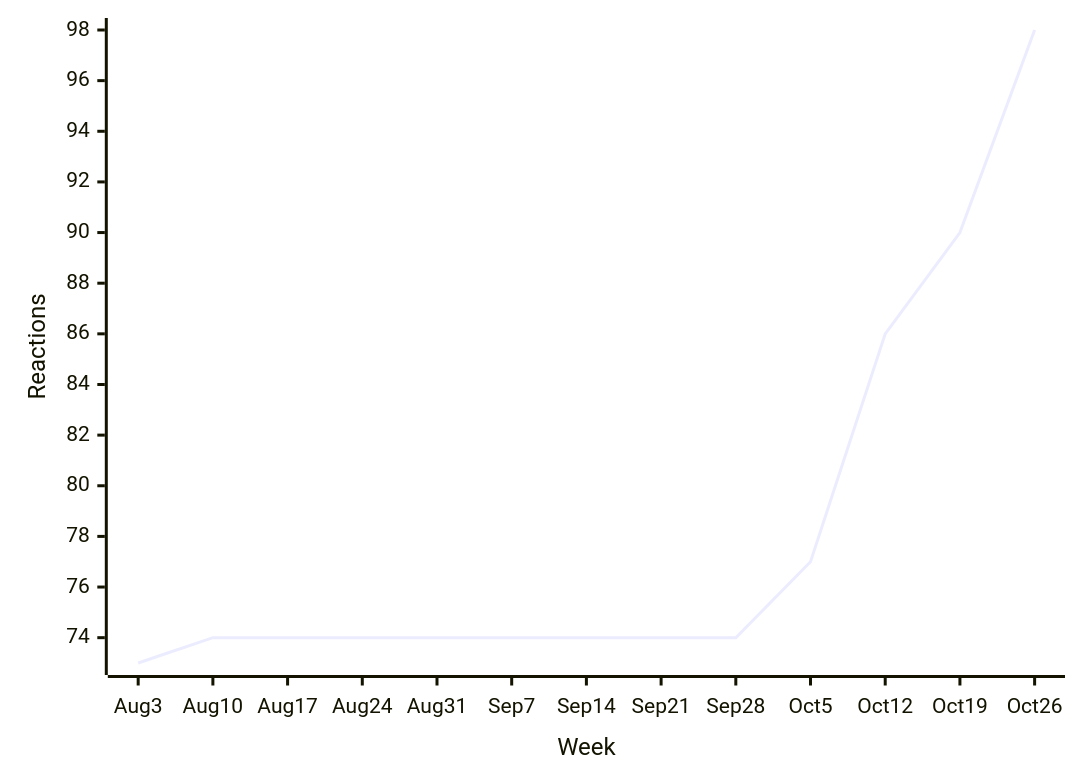
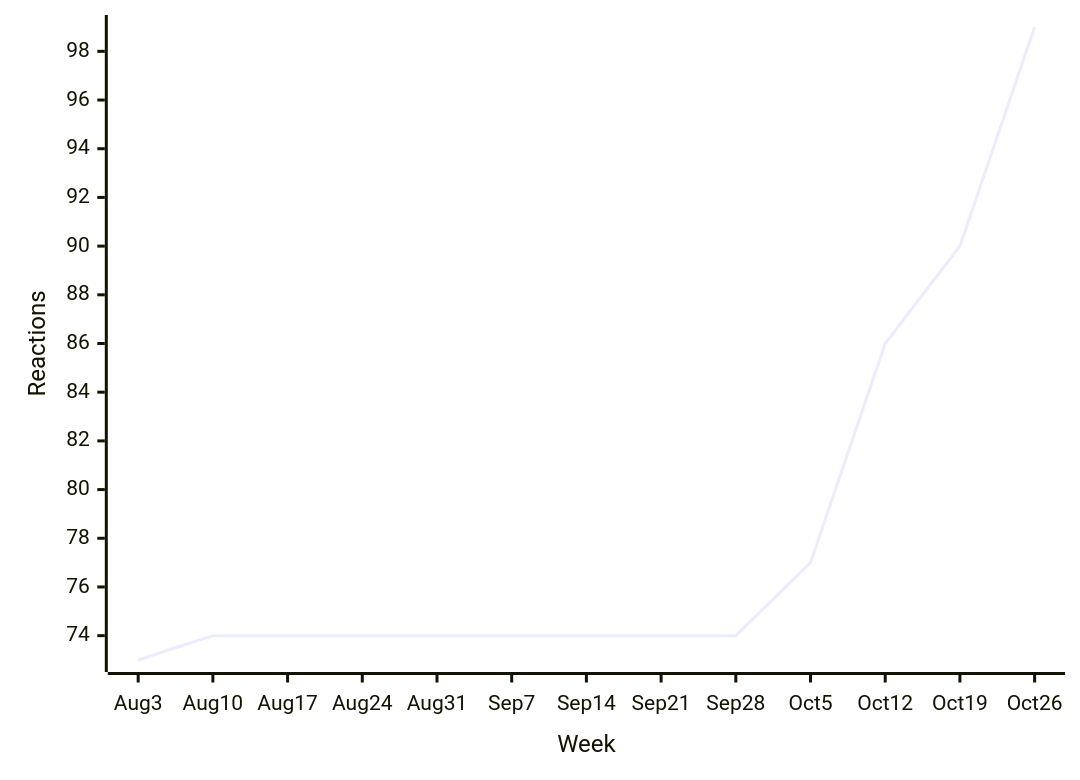
One commit to loic-sharma/github-insights changed the third of 38 diagrams in README.md. Above: the diagram before and after it, drawn with Mermaid. The commit also changed other lines of this file and 2 other files, not shown here.

````diff
--- a/README.md
+++ b/README.md
@@ -358,6 +358,6 @@
   ```mermaid
   xychart-beta
     x-axis "Week" [Aug 3, Aug 10, Aug 17, Aug 24, Aug 31, Sep 7, Sep 14, Sep 21, Sep 28, Oct 5, Oct 12, Oct 19, Oct 26]
     y-axis "Reactions"
-    line [73, 74, 74, 74, 74, 74, 74, 74, 74, 77, 86, 90, 98]
+    line [73, 74, 74, 74, 74, 74, 74, 74, 74, 77, 86, 90, 99]
   ```
````
